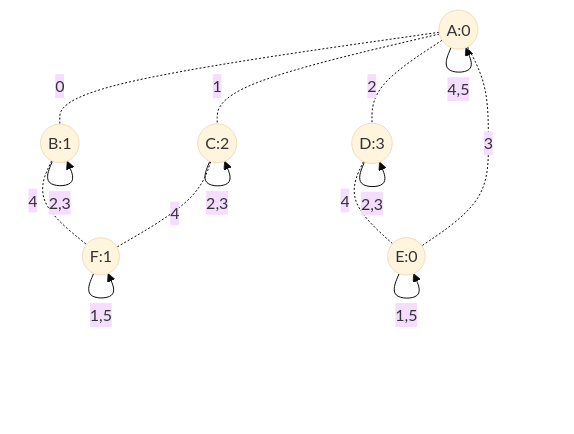
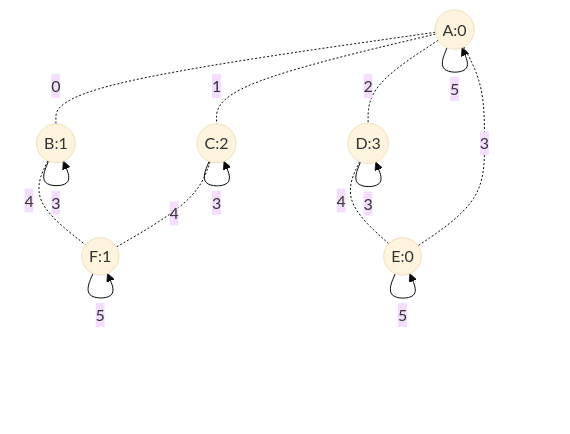
Before and after one commit to randomfunkstyle/randomfun2025swift: the diagram in Resources/TestMaps/six_rooms_two_loops.md, drawn with Mermaid (base theme). The commit also changed 12 other files, not shown here.

````diff
--- a/Resources/TestMaps/six_rooms_two_loops.md
+++ b/Resources/TestMaps/six_rooms_two_loops.md
@@ -3,26 +3,32 @@
 ```mermaid
 graph TD
     A((A:0))
     B((B:1))
     C((C:2))
     D((D:3))
     E((E:0))
     F((F:1))
     
     %% Each room has 2 self-loops and 4 outgoing connections
     
     A -.0.- B
     A -.1.- C
     A -.2.- D
     A -.3.- E
     B -.4.- F
     C -.4.- F
     D -.4.- E
     
-    A --4,5--> A
-    B --2,3--> B
-    C --2,3--> C
-    D --2,3--> D
-    E --1,5--> E
-    F --1,5--> F
+    A --4--> A
+    A --5--> A
+    B --2--> B
+    B --3--> B
+    C --2--> C
+    C --3--> C
+    D --2--> D
+    D --3--> D
+    E --1--> E
+    E --5--> E
+    F --1--> F
+    F --5--> F
 ```
````
